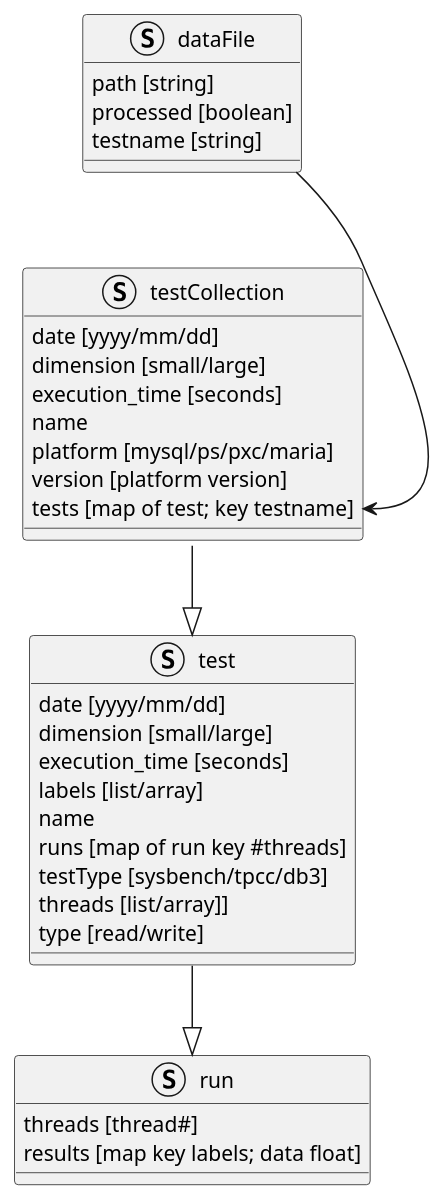
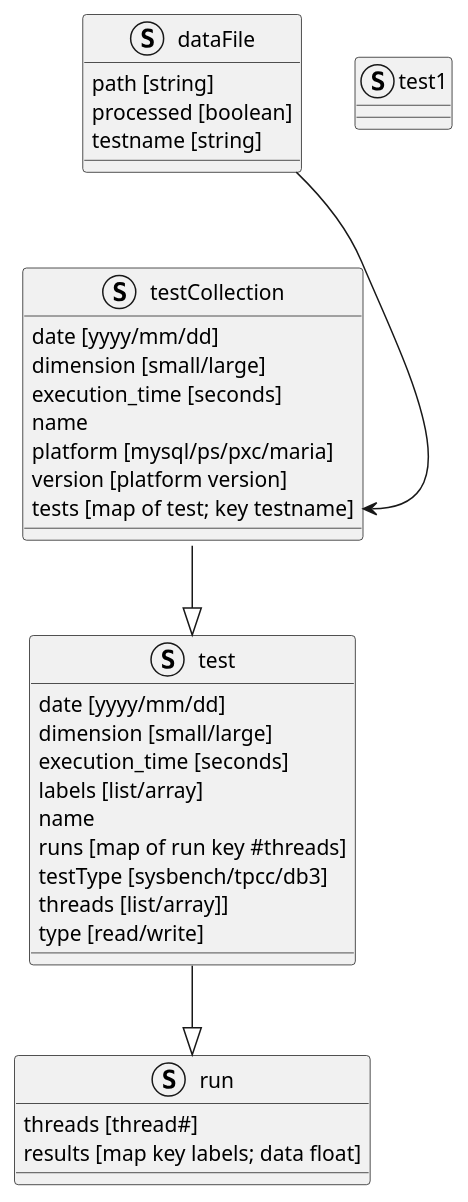
The diagram in uml/objects.puml (Tusamarco/sysbench-graph-creator), drawn with PlantUML before and after one commit.

Commit message:
adding objects

```diff
--- a/uml/objects.puml
+++ b/uml/objects.puml
@@ -1,50 +1,50 @@
 @startuml
 'https://plantuml.com/class-diagram
 
 struct testCollection
 struct test
 struct run
 struct dataFile
 
 
 dataFile --> testCollection::tests
 testCollection --|> test
 test --|> run
 
 Struct dataFile{
     path [string]
     processed [boolean]
     testname [string]
 }
 
-
+struct test1
 Struct testCollection{
 date [yyyy/mm/dd]
 dimension [small/large]
 execution_time [seconds]
 name
 platform [mysql/ps/pxc/maria]
 version [platform version]
 tests [map of test; key testname]
 }
 
 
 Struct run{
 threads [thread#]
 results [map key labels; data float]
 }
 
 struct test {
 date [yyyy/mm/dd]
 dimension [small/large]
 execution_time [seconds]
 labels [list/array]
 name
 runs [map of run key #threads]
 testType [sysbench/tpcc/db3]
 threads [list/array]]
 type [read/write]
 }
 
 
 @enduml
```
